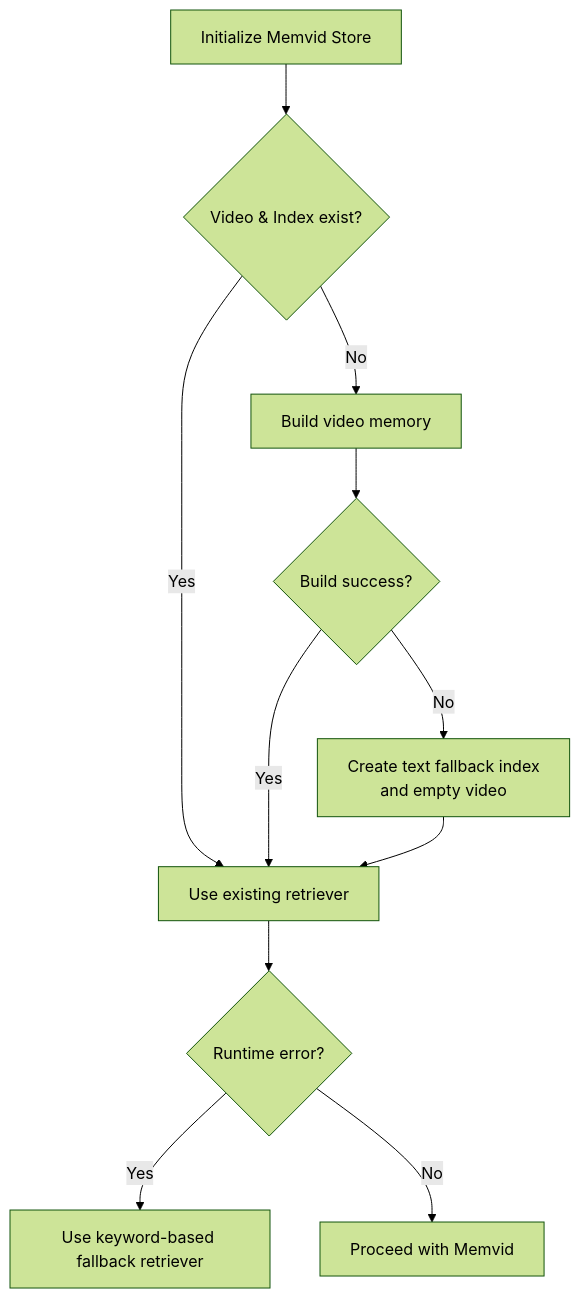
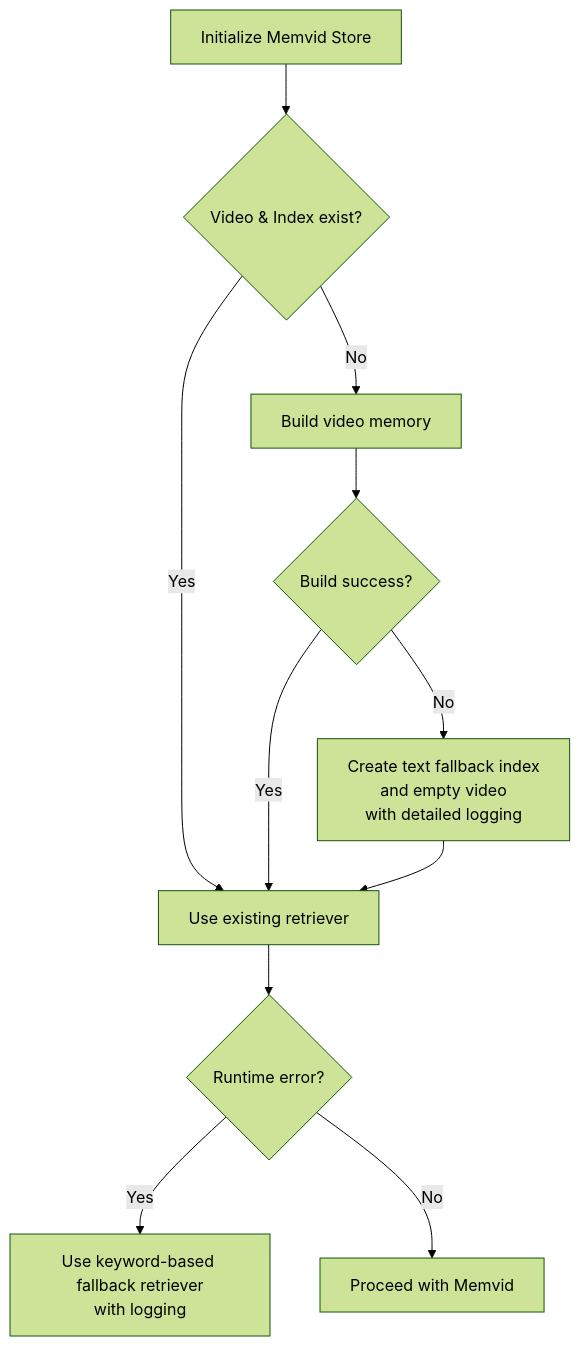
One commit to MOK-5-ha/MayaMCP changed the seventh of 8 diagrams in .qoder/repowiki/en/content/Retrieval-Augmented Generation (RAG)/Memvid Video Memory System.md. Above: the diagram before and after it, drawn with Mermaid (forest theme). The commit also changed other lines of this file and 27 other files, not shown here.

````diff
--- a/.qoder/repowiki/en/content/Retrieval-Augmented Generation (RAG)/Memvid Video Memory System.md
+++ b/.qoder/repowiki/en/content/Retrieval-Augmented Generation (RAG)/Memvid Video Memory System.md
@@ -271,13 +312,13 @@
 ```mermaid
 flowchart TD
 Init["Initialize Memvid Store"] --> Exists{"Video & Index exist?"}
 Exists --> |Yes| Use["Use existing retriever"]
 Exists --> |No| Build["Build video memory"]
 Build --> Success{"Build success?"}
 Success --> |Yes| Use
-Success --> |No| Fallback["Create text fallback index<br/>and empty video"]
+Success --> |No| Fallback["Create text fallback index<br/>and empty video<br/>with detailed logging"]
 Fallback --> Use
 Use --> RuntimeFail{"Runtime error?"}
-RuntimeFail --> |Yes| Keyword["Use keyword-based fallback retriever"]
+RuntimeFail --> |Yes| Keyword["Use keyword-based fallback retriever<br/>with logging"]
 RuntimeFail --> |No| Proceed["Proceed with Memvid"]
 ```
````
